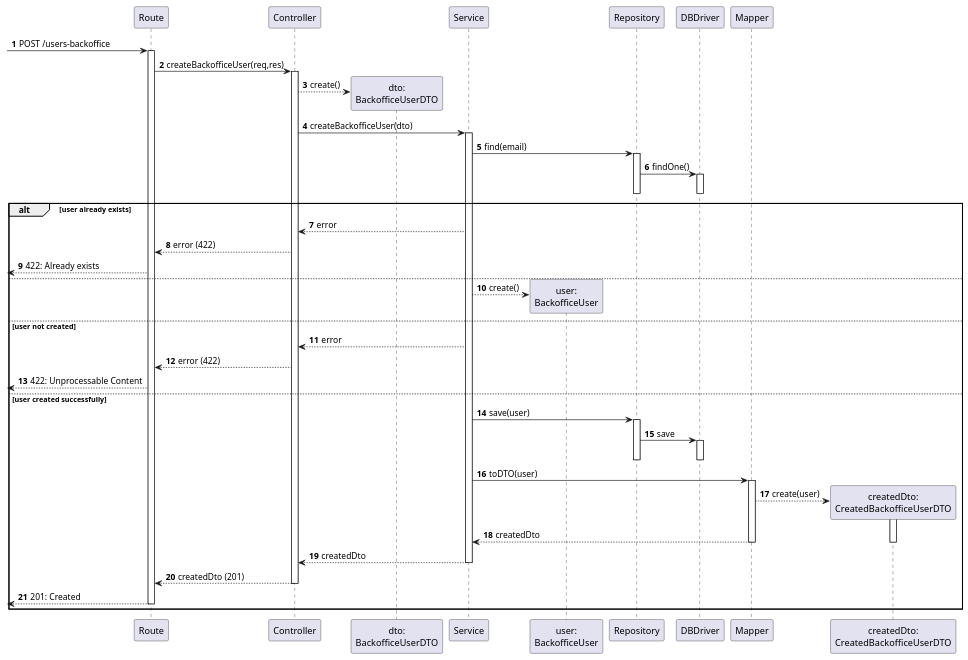
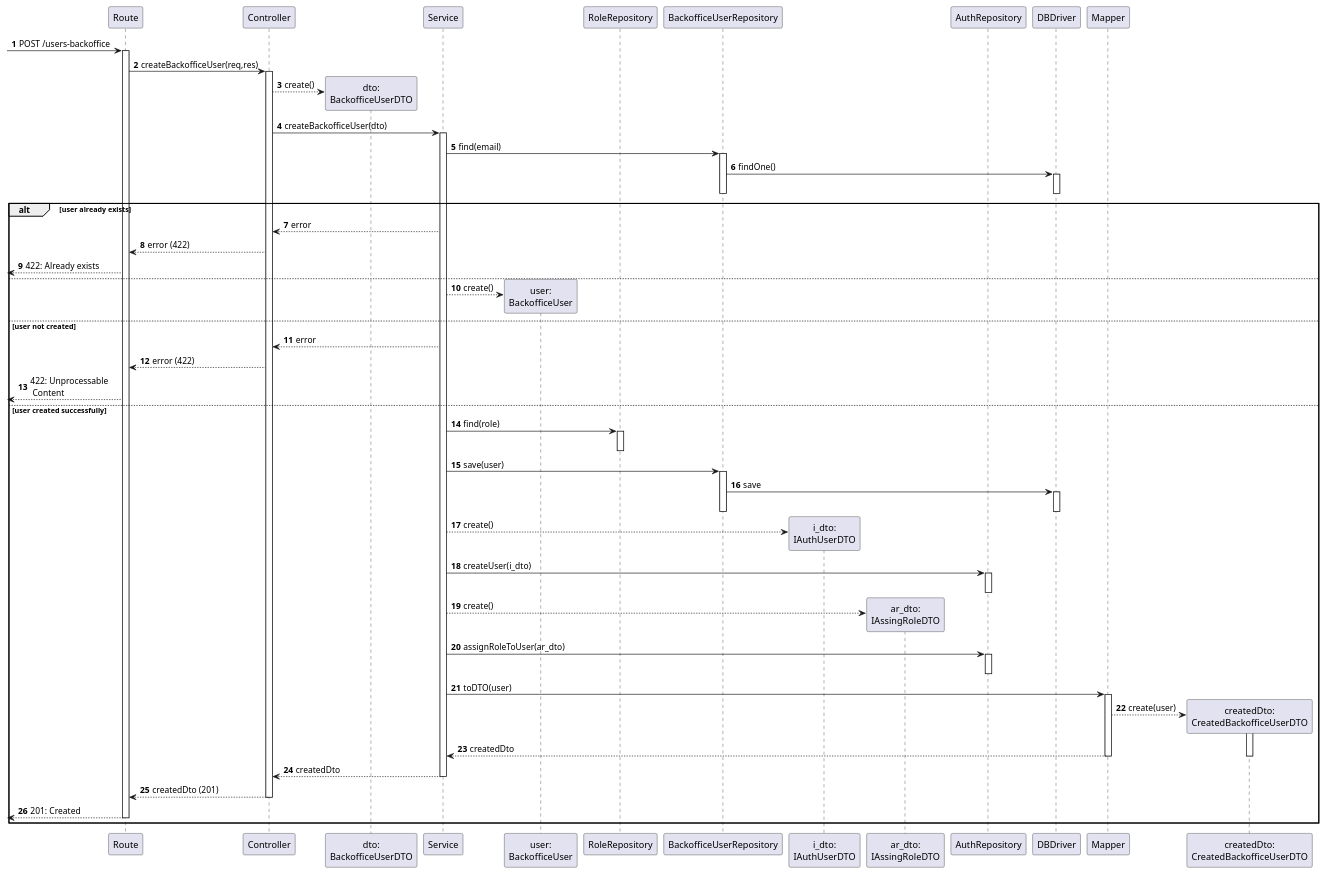
Before and after one commit to Departamento-de-Engenharia-Informatica/lapr5-23-24-g19: the diagram in docs/us10/level3/be-process-view.puml, drawn with PlantUML. The commit also changed 3 other files, not shown here.

```diff
--- a/docs/us10/level3/be-process-view.puml
+++ b/docs/us10/level3/be-process-view.puml
@@ -1,70 +1,93 @@
 @startuml
 autonumber
 
 participant "Route" as r
 participant "Controller" as ctrl
 participant "dto:\nBackofficeUserDTO" as xdto
 participant "Service" as svc
 participant "user:\nBackofficeUser" as b
-participant "Repository" as repo
+
+participant "RoleRepository" as r_repo
+participant "BackofficeUserRepository" as repo
+participant "i_dto:\nIAuthUserDTO" as i_dto
+participant "ar_dto:\nIAssingRoleDTO" as ar_dto
+participant "AuthRepository" as a_repo
+
+
 participant "DBDriver" as db
 
 
 participant "Mapper" as map
 
 participant "createdDto:\nCreatedBackofficeUserDTO" as dto
 
 
 [-> r : POST /users-backoffice
 activate r
     r -> ctrl : createBackofficeUser(req,res)
 
     activate ctrl
         ctrl --> xdto ** : create()
         ctrl -> svc : createBackofficeUser(dto)
         activate svc
             svc -> repo: find(email)
             activate repo
                 repo -> db : findOne()
                 activate db
                 deactivate db
             deactivate repo
 
             alt user already exists
                 svc --> ctrl : error
                 ctrl --> r : error (422)
                 [<-- r : 422: Already exists
 
             else
                 svc --> b ** : create()
 
             else user not created
                 svc --> ctrl : error
                 ctrl --> r : error (422)
-                [<-- r : 422: Unprocessable Content
+                [<-- r : 422: Unprocessable\n Content
+
             else user created successfully
+
+                svc -> r_repo: find(role)
+                activate r_repo
+                deactivate r_repo
+
                 svc -> repo : save(user)
                 activate repo
                     repo -> db : save
                     activate db
                     deactivate db
                 deactivate repo
+
+                svc --> i_dto ** : create()
+                svc -> a_repo : createUser(i_dto)
+                activate a_repo
+                deactivate a_repo
+
+                svc --> ar_dto ** : create()
+                svc -> a_repo : assignRoleToUser(ar_dto)
+                activate a_repo
+                deactivate a_repo
 
                 svc -> map : toDTO(user)
                 activate map
                     map --> dto **: create(user)
                     activate dto
                         map --> svc : createdDto
                     deactivate dto
                 deactivate map
 
                 svc --> ctrl : createdDto
             deactivate svc
 
             ctrl --> r : createdDto (201)
         deactivate ctrl
     [<-- r : 201: Created
 deactivate r
 end
 
 @enduml
```
